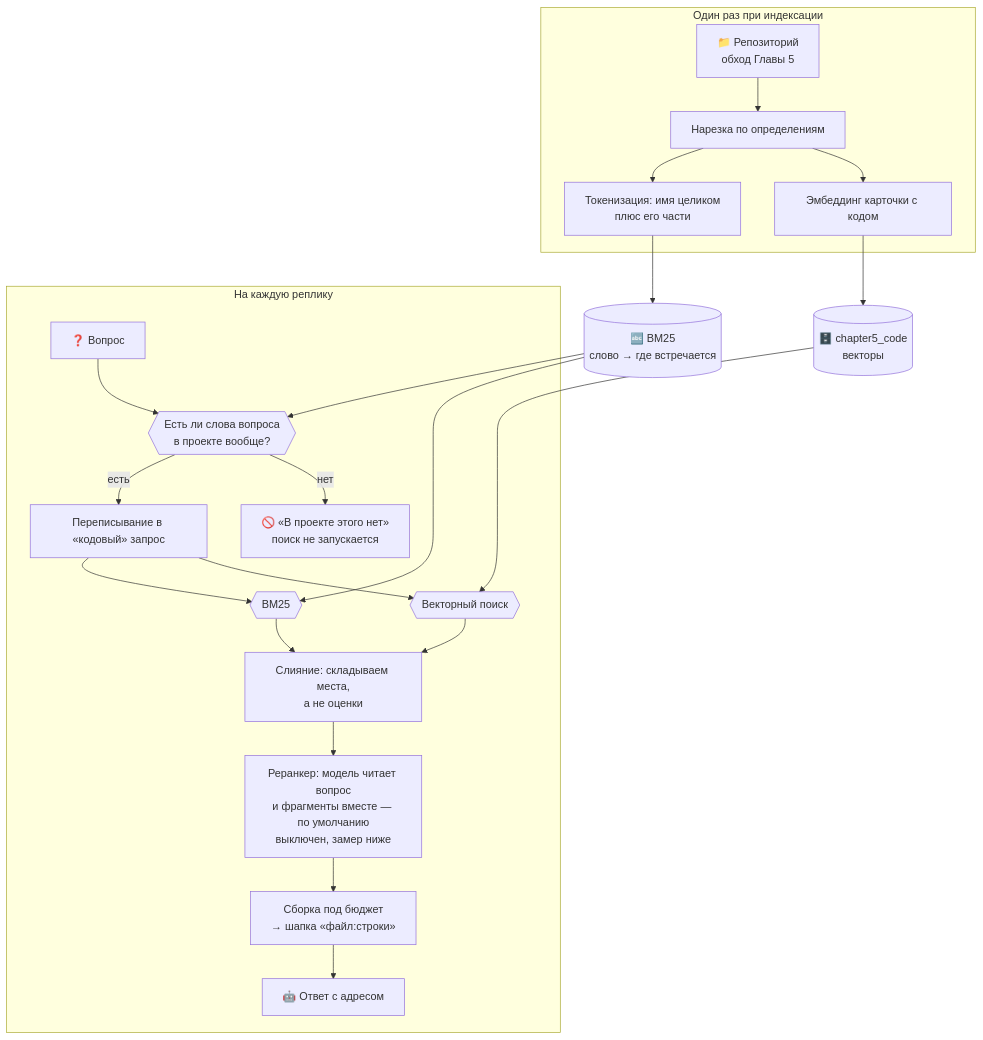
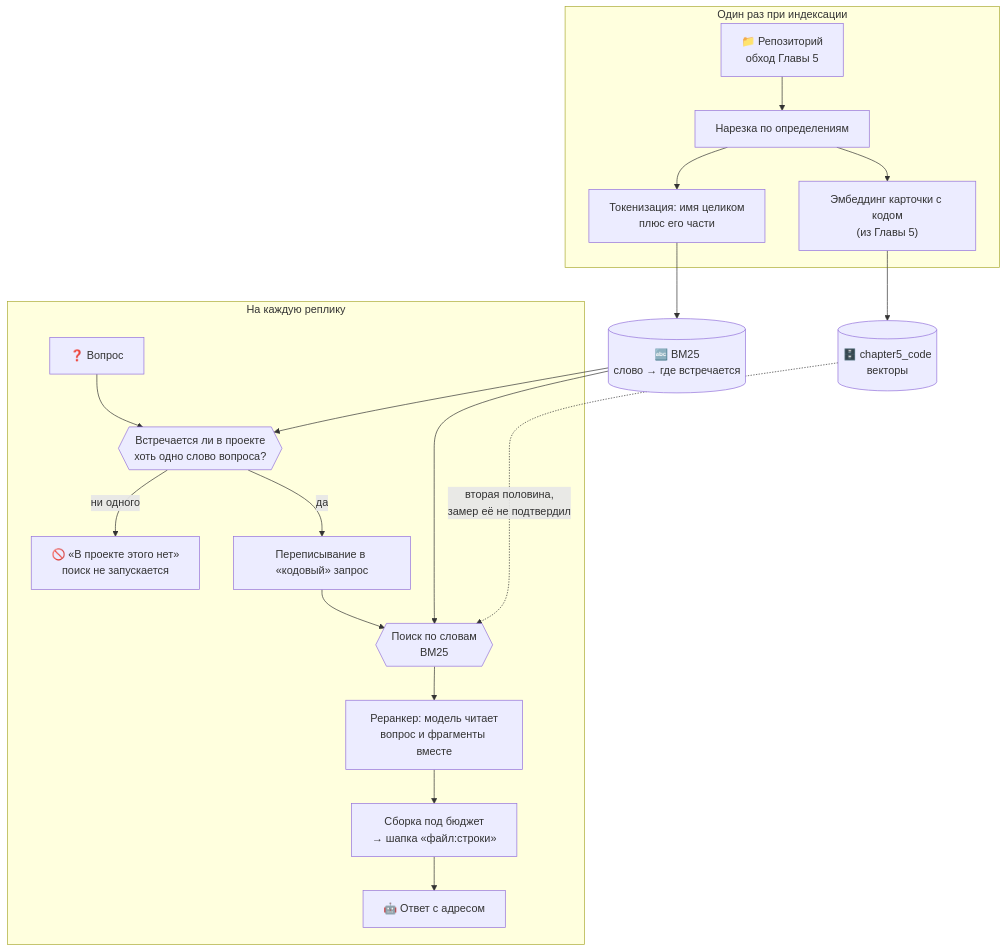
The diagram in chapter6/README.md (io982/firstAgent), drawn with Mermaid before and after one commit. The commit also changed other lines of this file and 12 other files, not shown here.

````diff
--- a/chapter6/README.md
+++ b/chapter6/README.md
@@ -15,30 +17,27 @@
 ```mermaid
 graph TD
     subgraph IDX["Один раз при индексации"]
         Repo["📁 Репозиторий<br/>обход Главы 5"]
         Repo --> Cut["Нарезка по определениям"]
-        Cut --> EmbD["Эмбеддинг карточки с кодом"]
         Cut --> Tok["Токенизация: имя целиком<br/>плюс его части"]
+        Cut --> EmbD["Эмбеддинг карточки с кодом<br/>(из Главы 5)"]
     end
 
+    Tok --> BM[("🔤 BM25<br/>слово → где встречается")]
     EmbD --> DB[("🗄️ chapter5_code<br/>векторы")]
-    Tok --> BM[("🔤 BM25<br/>слово → где встречается")]
 
     subgraph RUN["На каждую реплику"]
         Q["❓ Вопрос"]
-        Q --> Gate{{"Есть ли слова вопроса<br/>в проекте вообще?"}}
-        Gate -->|"нет"| No["🚫 «В проекте этого нет»<br/>поиск не запускается"]
-        Gate -->|"есть"| RW["Переписывание в «кодовый» запрос"]
-        RW --> V{{"Векторный поиск"}}
-        RW --> L{{"BM25"}}
-        V --> F["Слияние: складываем места,<br/>а не оценки"]
-        L --> F
-        F --> RR["Реранкер: модель читает вопрос<br/>и фрагменты вместе — по умолчанию<br/>выключен, замер ниже"]
+        Q --> Gate{{"Встречается ли в проекте<br/>хоть одно слово вопроса?"}}
+        Gate -->|"ни одного"| No["🚫 «В проекте этого нет»<br/>поиск не запускается"]
+        Gate -->|"да"| RW["Переписывание в «кодовый» запрос"]
+        RW --> L{{"Поиск по словам<br/>BM25"}}
+        L --> RR["Реранкер: модель читает<br/>вопрос и фрагменты вместе"]
         RR --> Pack["Сборка под бюджет<br/>→ шапка «файл:строки»"]
         Pack --> LLM["🤖 Ответ с адресом"]
     end
 
-    DB --> V
     BM --> L
     BM --> Gate
+    DB -.->|"вторая половина,<br/>замер её не подтвердил"| L
 ```
````
